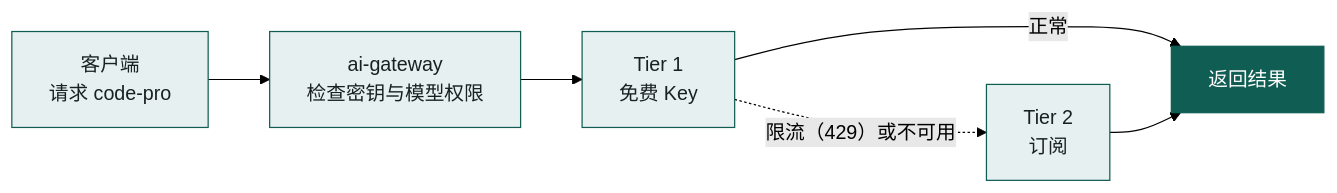
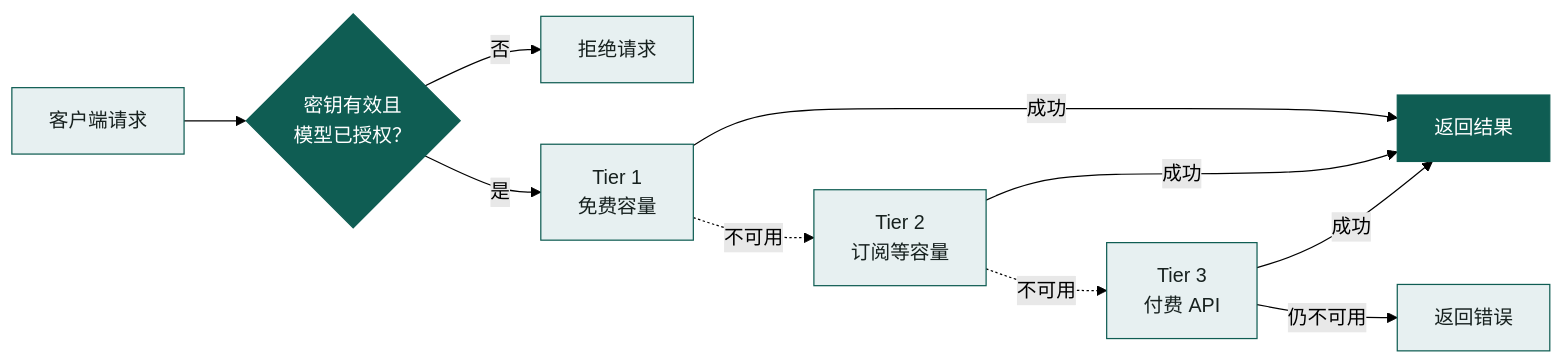
The diagram in README.md (fongap-labs/ai-gateway), drawn with Mermaid (forest theme) before and after one commit. The commit also changed other lines of this file and 4 other files, not shown here.

````diff
--- a/README.md
+++ b/README.md
@@ -42,12 +32,16 @@
-```mermaid
+~~~mermaid
 flowchart LR
-    A["客户端<br/>请求 code-pro"] --> B["ai-gateway<br/>检查密钥与模型权限"]
-    B --> C["Tier 1<br/>免费 Key"]
-    C -- 正常 --> E["返回结果"]
-    C -. 限流（429）或不可用 .-> D["Tier 2<br/>订阅"]
-    D --> E
-    classDef brand fill:#0f5d53,stroke:#0f5d53,color:#ffffff
-    classDef soft fill:#E7F0F1,stroke:#0f5d53,color:#17211f
-    class E brand
-    class A,B,C,D soft
-```
+    A["客户端请求"] --> B{"密钥有效且<br/>模型已授权？"}
+    B -- 否 --> X["拒绝请求"]
+    B -- 是 --> C["Tier 1<br/>免费容量"]
+    C -- 成功 --> F["返回结果"]
+    C -. 不可用 .-> D["Tier 2<br/>订阅等容量"]
+    D -- 成功 --> F
+    D -. 不可用 .-> E["Tier 3<br/>付费 API"]
+    E -- 成功 --> F
+    E -- 仍不可用 --> G["返回错误"]
+    classDef primary fill:#0f5d53,stroke:#0f5d53,color:#ffffff
+    classDef neutral fill:#e7f0f1,stroke:#0f5d53,color:#17211f
+    class B,F primary
+    class A,C,D,E,X,G neutral
+~~~
````
